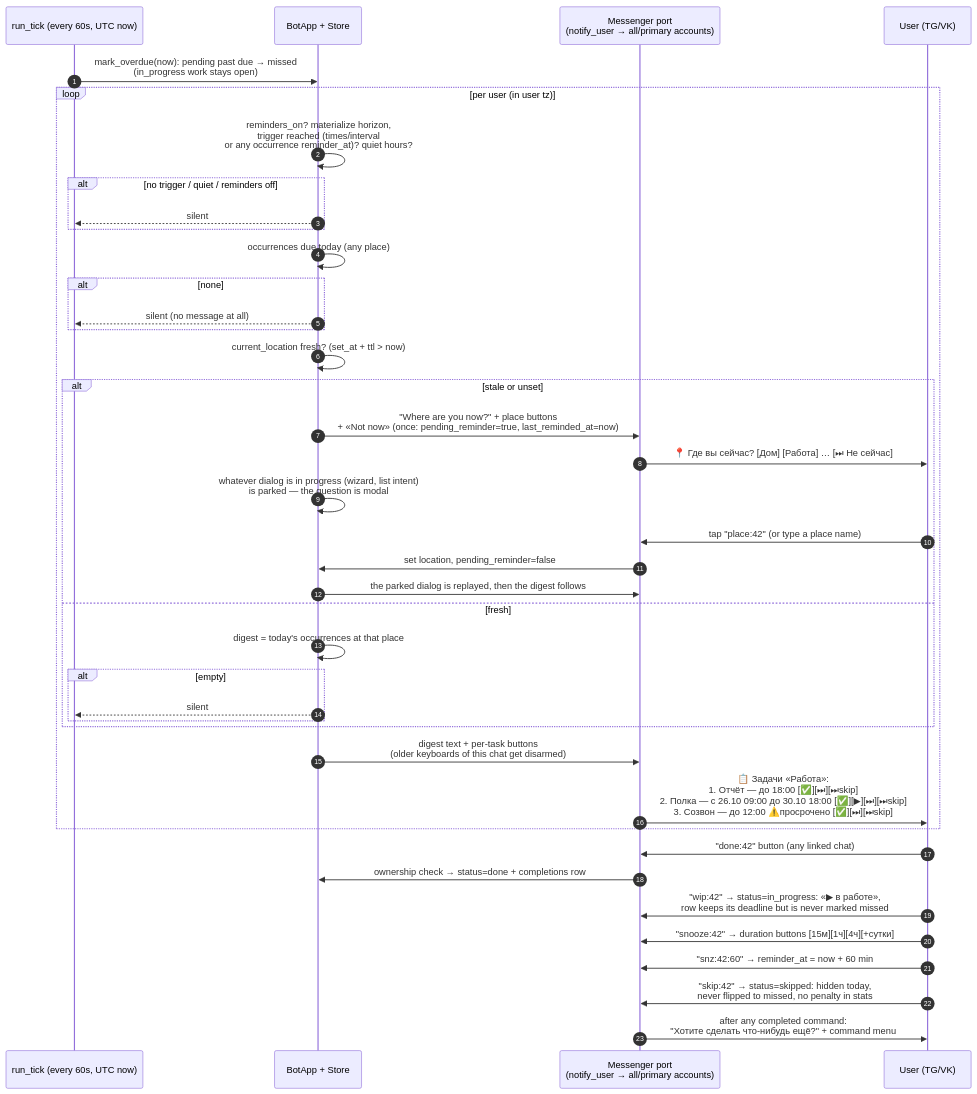
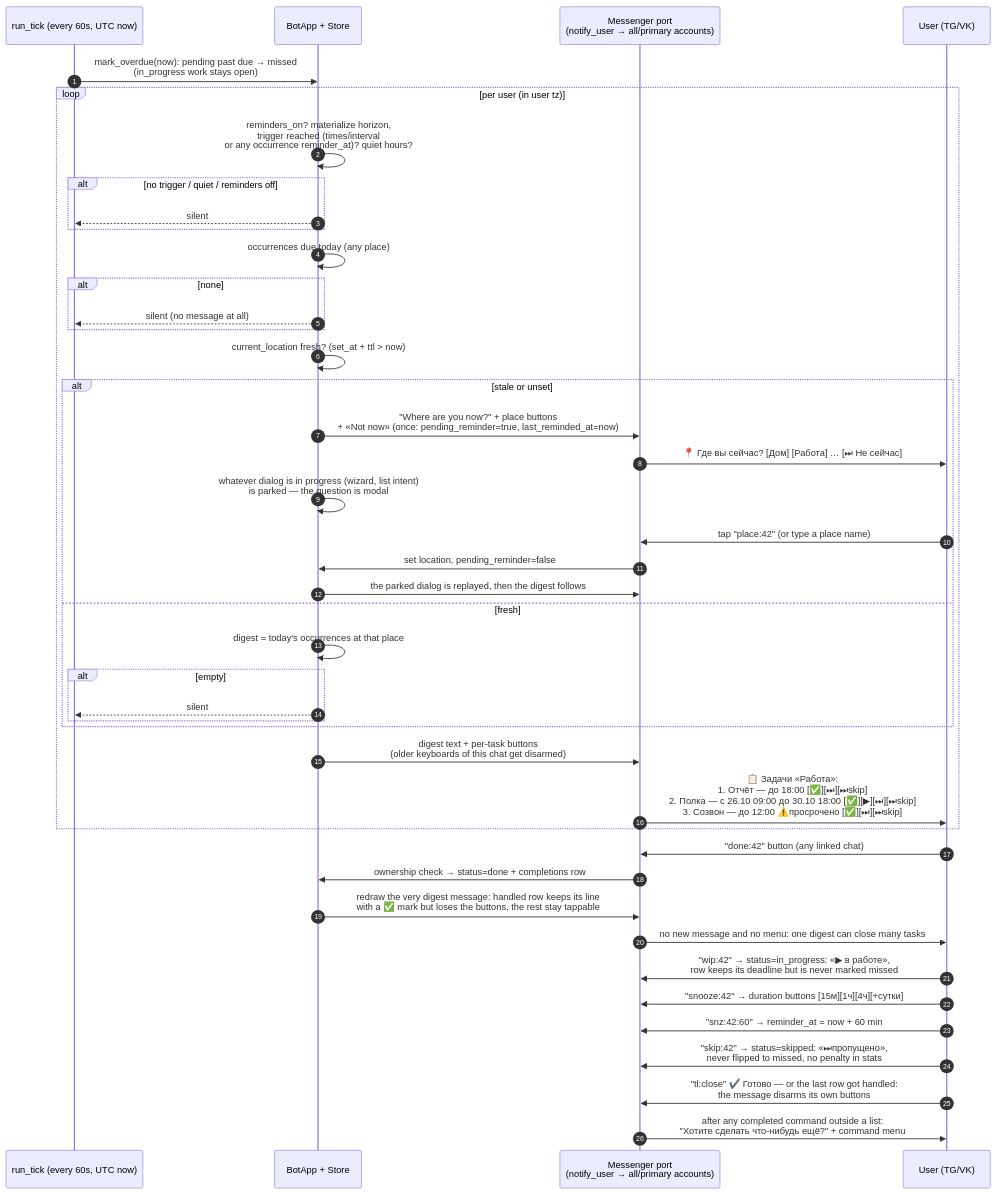
Before and after one commit to edombek/taskshed: the diagram in docs/diagrams/reminder-flow.mmd, drawn with Mermaid. The commit also changed 21 other files, not shown here.

```diff
--- a/docs/diagrams/reminder-flow.mmd
+++ b/docs/diagrams/reminder-flow.mmd
@@ -1,41 +1,44 @@
 sequenceDiagram
     autonumber
     participant Sch as run_tick (every 60s, UTC now)
     participant Core as BotApp + Store
     participant Msg as Messenger port<br/>(notify_user → all/primary accounts)
     participant U as User (TG/VK)
 
     Sch->>Core: mark_overdue(now): pending past due → missed<br/>(in_progress work stays open)
     loop per user (in user tz)
         Core->>Core: reminders_on? materialize horizon,<br/>trigger reached (times/interval<br/>or any occurrence reminder_at)? quiet hours?
         alt no trigger / quiet / reminders off
             Core-->>Sch: silent
         end
         Core->>Core: occurrences due today (any place)
         alt none
             Core-->>Sch: silent (no message at all)
         end
         Core->>Core: current_location fresh? (set_at + ttl > now)
         alt stale or unset
             Core->>Msg: "Where are you now?" + place buttons<br/>+ «Not now» (once: pending_reminder=true, last_reminded_at=now)
             Msg->>U: 📍 Где вы сейчас? [Дом] [Работа] … [⏭ Не сейчас]
             Core->>Core: whatever dialog is in progress (wizard, list intent)<br/>is parked — the question is modal
             U->>Msg: tap "place:42" (or type a place name)
             Msg->>Core: set location, pending_reminder=false
             Core->>Msg: the parked dialog is replayed, then the digest follows
         else fresh
             Core->>Core: digest = today's occurrences at that place
             alt empty
                 Core-->>Sch: silent
             end
         end
         Core->>Msg: digest text + per-task buttons<br/>(older keyboards of this chat get disarmed)
         Msg->>U: 📋 Задачи «Работа»:<br/>1. Отчёт — до 18:00 [✅][⏭][⏭skip]<br/>2. Полка — с 26.10 09:00 до 30.10 18:00 [✅][▶][⏭][⏭skip]<br/>3. Созвон — до 12:00 ⚠️просрочено [✅][⏭][⏭skip]
     end
     U->>Msg: "done:42" button (any linked chat)
     Msg->>Core: ownership check → status=done + completions row
+    Core->>Msg: redraw the very digest message: handled row keeps its line<br/>with a ✅ mark but loses the buttons, the rest stay tappable
+    Msg->>U: no new message and no menu: one digest can close many tasks
     U->>Msg: "wip:42" → status=in_progress: «▶ в работе»,<br/>row keeps its deadline but is never marked missed
     U->>Msg: "snooze:42" → duration buttons [15м][1ч][4ч][+сутки]
     U->>Msg: "snz:42:60" → reminder_at = now + 60 min
-    U->>Msg: "skip:42" → status=skipped: hidden today,<br/>never flipped to missed, no penalty in stats
-    Msg->>U: after any completed command:<br/>"Хотите сделать что-нибудь ещё?" + command menu
+    U->>Msg: "skip:42" → status=skipped: «⏭пропущено»,<br/>never flipped to missed, no penalty in stats
+    U->>Msg: "tl:close" ✔️ Готово — or the last row got handled:<br/>the message disarms its own buttons
+    Msg->>U: after any completed command outside a list:<br/>"Хотите сделать что-нибудь ещё?" + command menu
```
